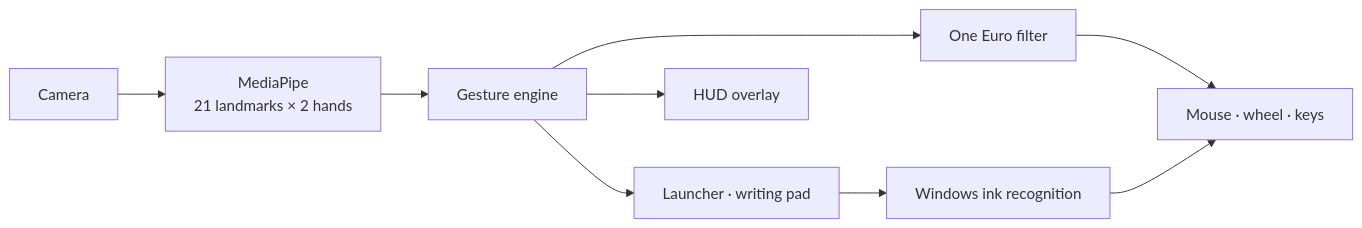
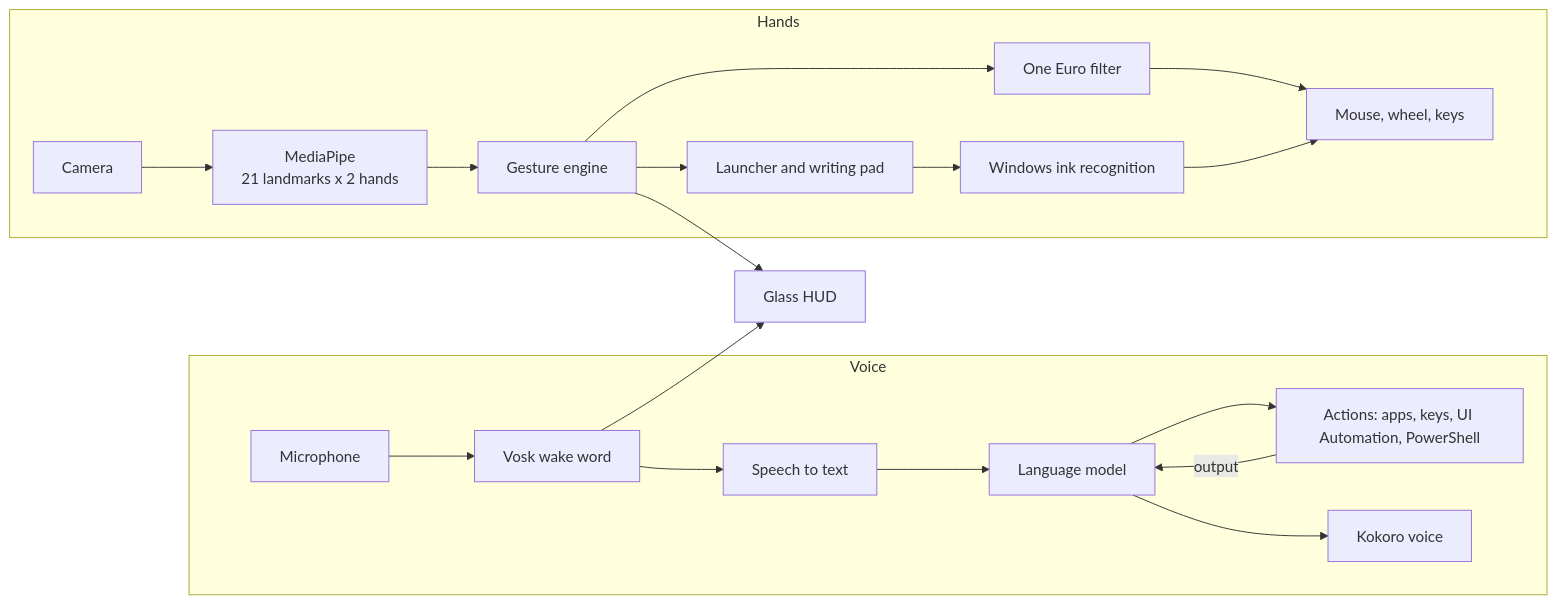
The diagram in README.md (genevieve-beaumont/ZEHEN-Jarvis), drawn with Mermaid before and after one commit. The commit also changed other lines of this file and 5 other files, not shown here.

````diff
--- a/README.md
+++ b/README.md
@@ -80,10 +171,21 @@
 ```mermaid
 flowchart LR
-    A[Camera] --> B[MediaPipe<br>21 landmarks × 2 hands]
-    B --> C[Gesture engine]
-    C --> D[One Euro filter]
-    D --> E[Mouse · wheel · keys]
-    C --> F[Launcher · writing pad]
-    F --> G[Windows ink recognition] --> E
-    C --> H[HUD overlay]
+    subgraph Hands
+      A[Camera] --> B[MediaPipe<br>21 landmarks x 2 hands]
+      B --> C[Gesture engine]
+      C --> D[One Euro filter]
+      D --> E[Mouse, wheel, keys]
+      C --> F[Launcher and writing pad]
+      F --> G[Windows ink recognition] --> E
+    end
+    subgraph Voice
+      M[Microphone] --> W[Vosk wake word]
+      W --> S[Speech to text]
+      S --> L[Language model]
+      L --> X[Actions: apps, keys, UI Automation, PowerShell]
+      X -->|output| L
+      L --> T[Kokoro voice]
+    end
+    C --> H[Glass HUD]
+    W --> H
 ```
````
